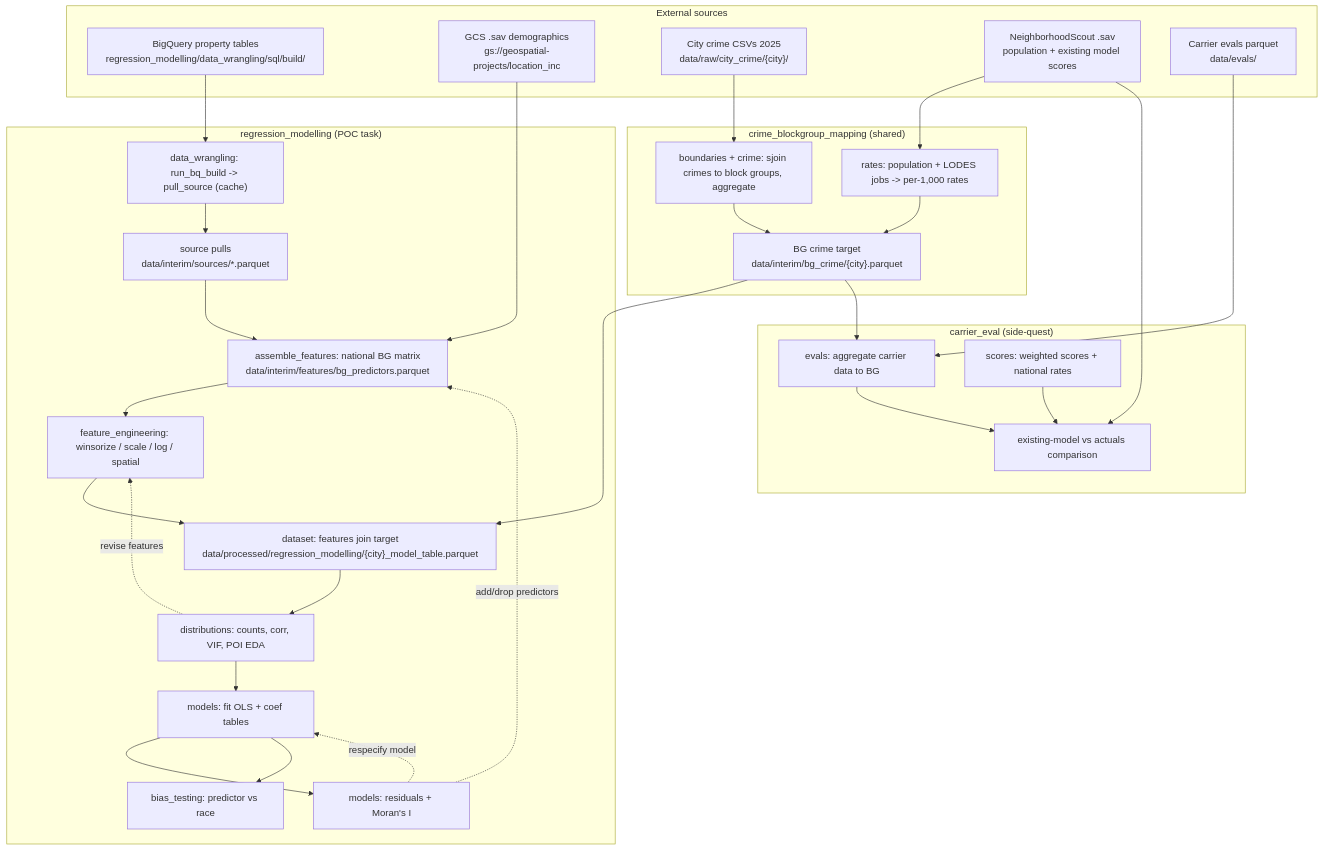
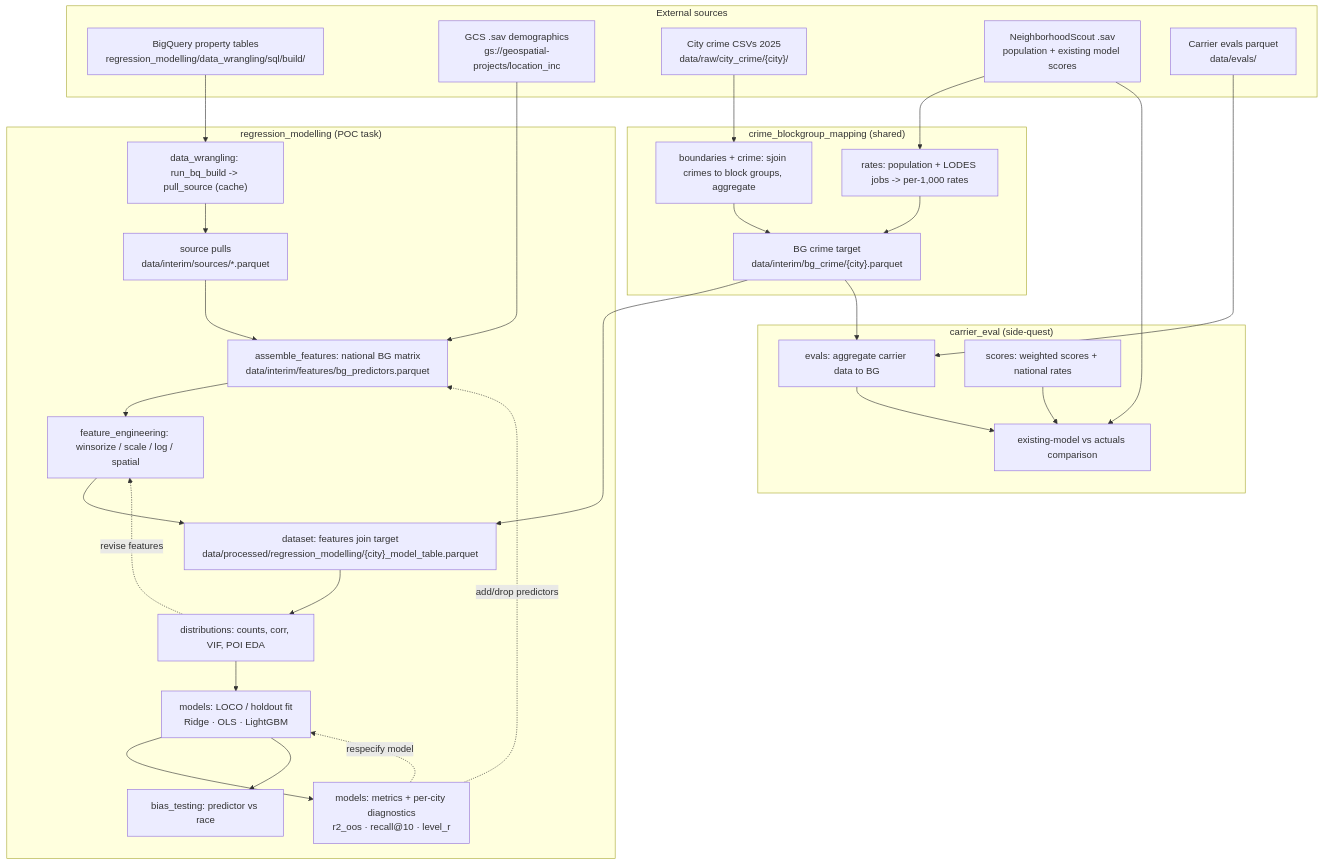
One commit to eprashar-clgx/crime-idx-2026 changed the diagram in docs/architecture.md. Above: the diagram before and after it, drawn with Mermaid. The commit also changed other lines of this file and 7 other files, not shown here.

````diff
--- a/docs/architecture.md
+++ b/docs/architecture.md
@@ -59,51 +60,51 @@
 ```mermaid
 flowchart TD
     subgraph SRC["External sources"]
         BQ["BigQuery property tables<br/>regression_modelling/data_wrangling/sql/build/"]
         GCS["GCS .sav demographics<br/>gs://geospatial-projects/location_inc"]
         CITY["City crime CSVs 2025<br/>data/raw/city_crime/{city}/"]
         NS["NeighborhoodScout .sav<br/>population + existing model scores"]
         EV["Carrier evals parquet<br/>data/evals/"]
     end
 
     subgraph CBM["crime_blockgroup_mapping (shared)"]
         GEO["boundaries + crime: sjoin crimes to block groups, aggregate"]
         RATE["rates: population + LODES jobs -> per-1,000 rates"]
         TGT["BG crime target<br/>data/interim/bg_crime/{city}.parquet"]
     end
 
     subgraph RM["regression_modelling (POC task)"]
         BUILD["data_wrangling: run_bq_build -> pull_source (cache)"]
         SRCP["source pulls<br/>data/interim/sources/*.parquet"]
         FEAT["assemble_features: national BG matrix<br/>data/interim/features/bg_predictors.parquet"]
         FE["feature_engineering: winsorize / scale / log / spatial"]
         DS["dataset: features join target<br/>data/processed/regression_modelling/{city}_model_table.parquet"]
         EDA["distributions: counts, corr, VIF, POI EDA"]
-        FIT["models: fit OLS + coef tables"]
-        DIAG["models: residuals + Moran's I"]
+        FIT["models: LOCO / holdout fit<br/>Ridge · OLS · LightGBM"]
+        DIAG["models: metrics + per-city diagnostics<br/>r2_oos · recall@10 · level_r"]
         BIAS["bias_testing: predictor vs race"]
     end
 
     subgraph CE["carrier_eval (side-quest)"]
         EVAGG["evals: aggregate carrier data to BG"]
         SCORE["scores: weighted scores + national rates"]
         CMP["existing-model vs actuals comparison"]
     end
 
     CITY --> GEO --> TGT
     NS --> RATE --> TGT
     BQ --> BUILD --> SRCP --> FEAT
     GCS --> FEAT
     FEAT --> FE --> DS
     TGT --> DS
     DS --> EDA --> FIT --> DIAG
     FIT --> BIAS
     TGT --> EVAGG
     EV --> EVAGG --> CMP
     NS --> CMP
     SCORE --> CMP
 
     EDA -. "revise features" .-> FE
     DIAG -. "add/drop predictors" .-> FEAT
     DIAG -. "respecify model" .-> FIT
 ```
````
